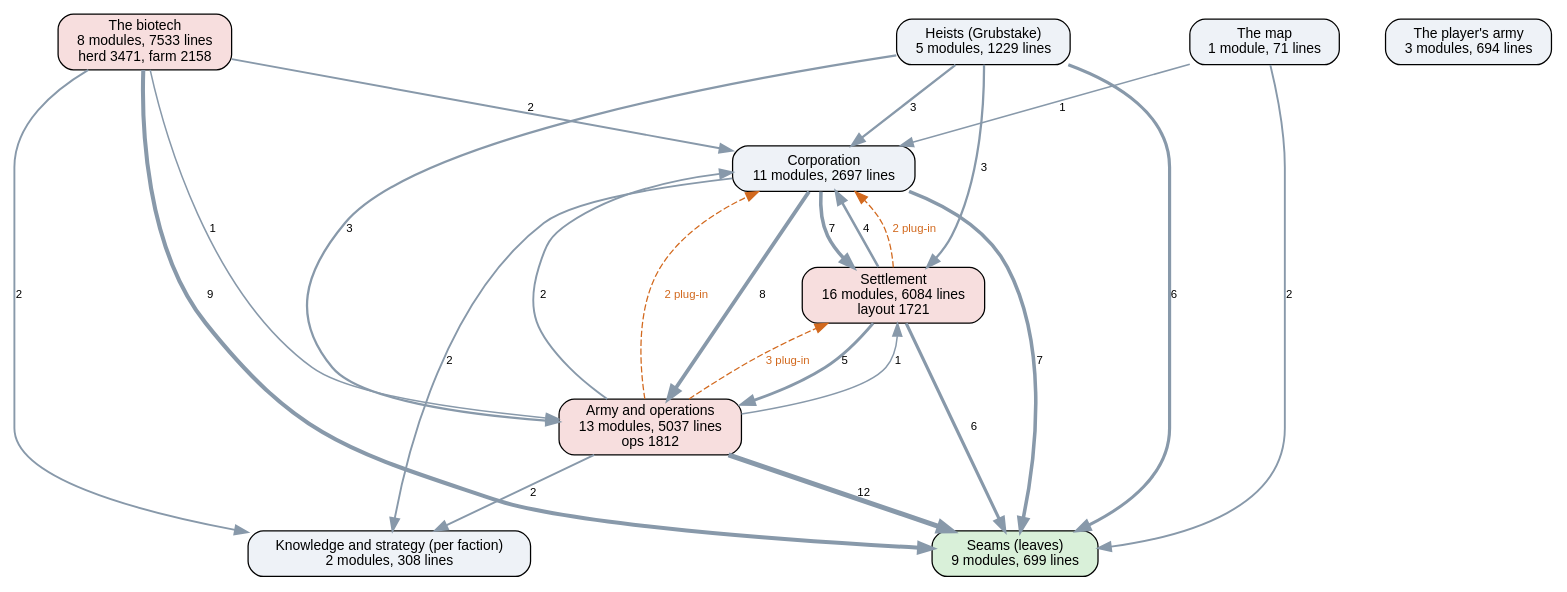
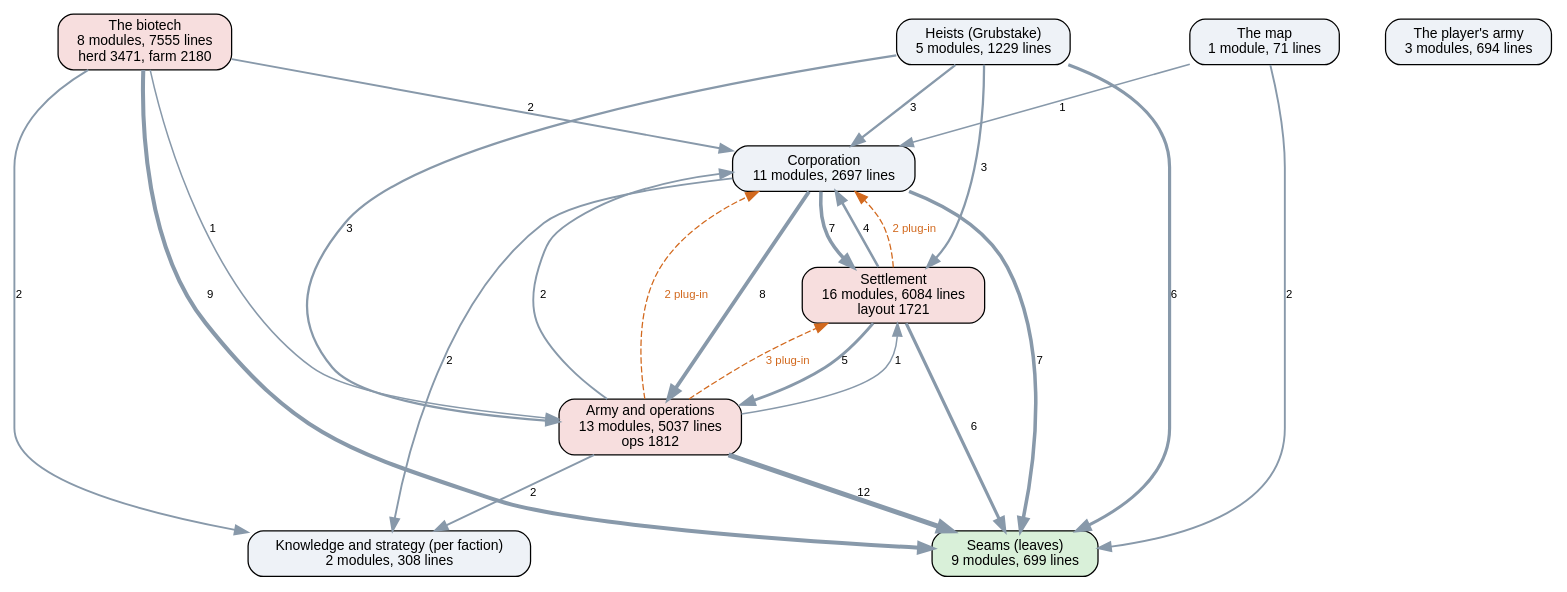
Before and after one commit to kinelhu/landing-party: the diagram in docs/ai-layers.dot, drawn with Graphviz. The commit also changed 9 other files, not shown here.

```diff
--- a/docs/ai-layers.dot
+++ b/docs/ai-layers.dot
@@ -1,38 +1,38 @@
 digraph layers {
   graph [rankdir=TB, fontname="Helvetica", nodesep=0.5, ranksep=0.7];
   node [shape=box, style="rounded,filled", fontname="Helvetica", fontsize=11, fillcolor="#eef2f7"];
   edge [color="#8899aa", fontname="Helvetica", fontsize=9];
   "Seams (leaves)" [label="Seams (leaves)\n9 modules, 699 lines", fillcolor="#d9f0d9"];
   "Knowledge and strategy (per faction)" [label="Knowledge and strategy (per faction)\n2 modules, 308 lines", fillcolor="#eef2f7"];
   "Corporation" [label="Corporation\n11 modules, 2697 lines", fillcolor="#eef2f7"];
   "Settlement" [label="Settlement\n16 modules, 6084 lines\nlayout 1721", fillcolor="#f7dede"];
   "Army and operations" [label="Army and operations\n13 modules, 5037 lines\nops 1812", fillcolor="#f7dede"];
   "Heists (Grubstake)" [label="Heists (Grubstake)\n5 modules, 1229 lines", fillcolor="#eef2f7"];
-  "The biotech" [label="The biotech\n8 modules, 7533 lines\nherd 3471, farm 2158", fillcolor="#f7dede"];
+  "The biotech" [label="The biotech\n8 modules, 7555 lines\nherd 3471, farm 2180", fillcolor="#f7dede"];
   "The map" [label="The map\n1 module, 71 lines", fillcolor="#eef2f7"];
   "The player's army" [label="The player's army\n3 modules, 694 lines", fillcolor="#eef2f7"];
   "Army and operations" -> "Corporation" [label="2", penwidth=1.5];
   "Army and operations" -> "Knowledge and strategy (per faction)" [label="2", penwidth=1.5];
   "Army and operations" -> "Seams (leaves)" [label="12", penwidth=4.0];
   "Army and operations" -> "Settlement" [label="1", penwidth=1.2];
   "Corporation" -> "Army and operations" [label="8", penwidth=3.0];
   "Corporation" -> "Knowledge and strategy (per faction)" [label="2", penwidth=1.5];
   "Corporation" -> "Seams (leaves)" [label="7", penwidth=2.8];
   "Corporation" -> "Settlement" [label="7", penwidth=2.8];
   "Heists (Grubstake)" -> "Army and operations" [label="3", penwidth=1.8];
   "Heists (Grubstake)" -> "Corporation" [label="3", penwidth=1.8];
   "Heists (Grubstake)" -> "Seams (leaves)" [label="6", penwidth=2.5];
   "Heists (Grubstake)" -> "Settlement" [label="3", penwidth=1.8];
   "Settlement" -> "Army and operations" [label="5", penwidth=2.2];
   "Settlement" -> "Corporation" [label="4", penwidth=2.0];
   "Settlement" -> "Seams (leaves)" [label="6", penwidth=2.5];
   "The biotech" -> "Army and operations" [label="1", penwidth=1.2];
   "The biotech" -> "Corporation" [label="2", penwidth=1.5];
   "The biotech" -> "Knowledge and strategy (per faction)" [label="2", penwidth=1.5];
   "The biotech" -> "Seams (leaves)" [label="9", penwidth=3.2];
   "The map" -> "Corporation" [label="1", penwidth=1.2];
   "The map" -> "Seams (leaves)" [label="2", penwidth=1.5];
   "Army and operations" -> "Corporation" [style=dashed, color="#d2691e", fontcolor="#d2691e", label="2 plug-in"];
   "Army and operations" -> "Settlement" [style=dashed, color="#d2691e", fontcolor="#d2691e", label="3 plug-in"];
   "Settlement" -> "Corporation" [style=dashed, color="#d2691e", fontcolor="#d2691e", label="2 plug-in"];
 }
```
